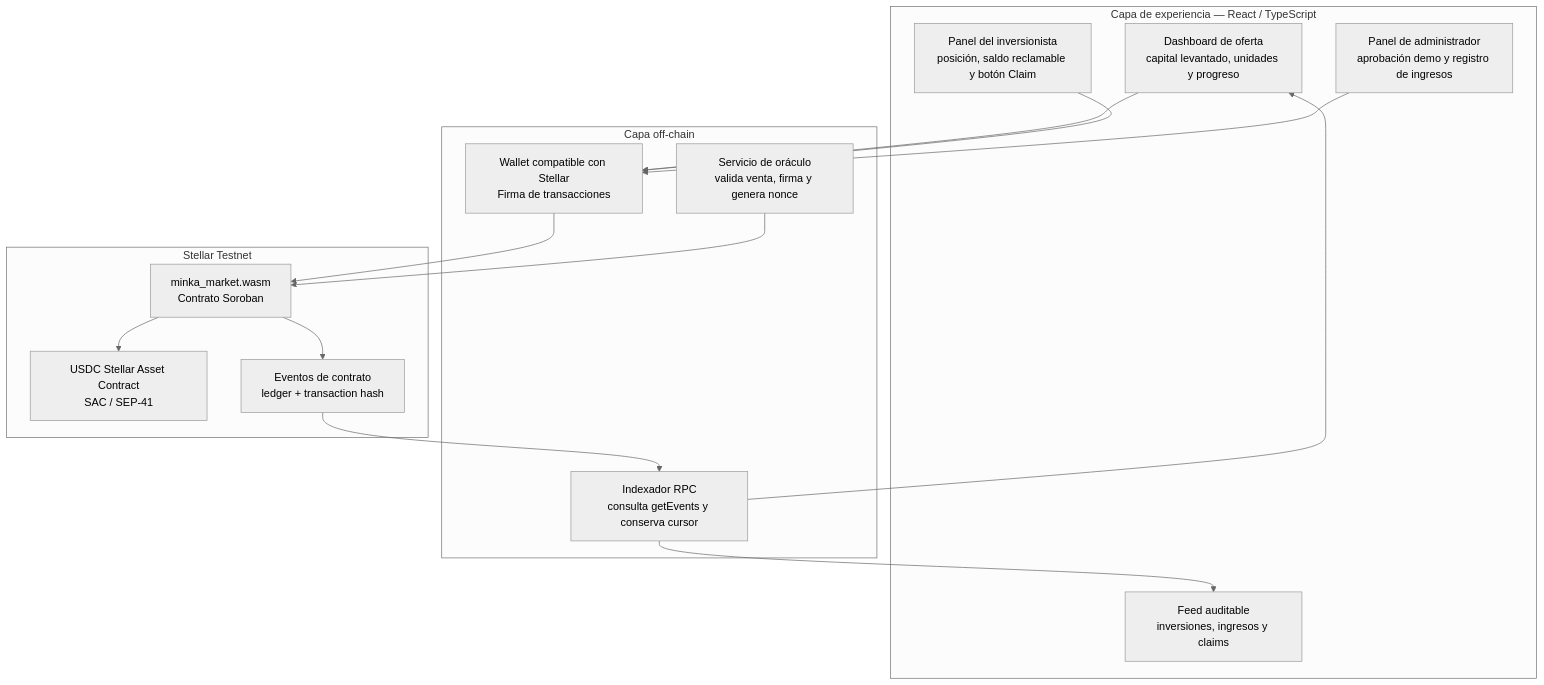
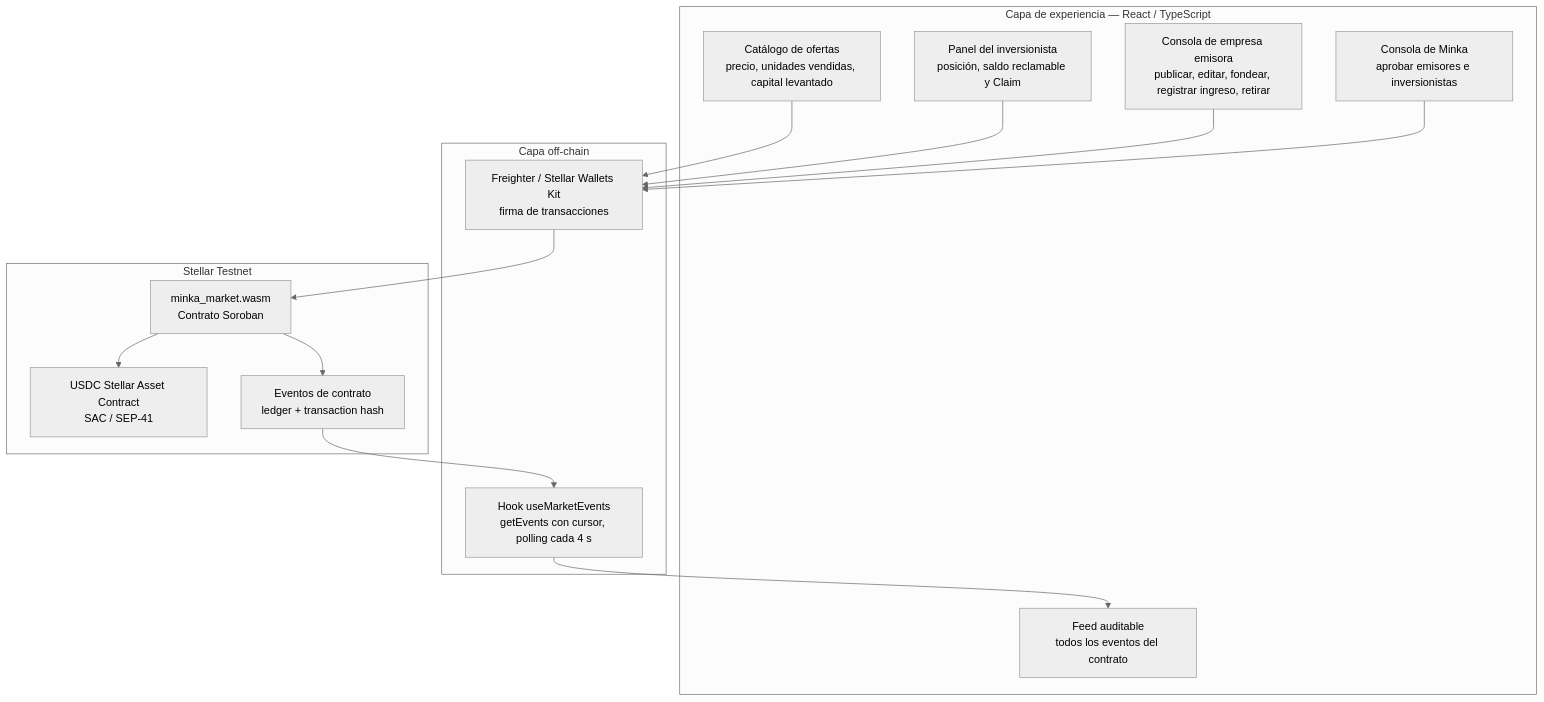
The second of 8 diagrams in docs/architecture/minka-capital-system-flow.md (giano-montano/minka-capital), drawn with Mermaid (neutral theme) before and after one commit. The commit also changed other lines of this file and 4 other files, not shown here.

First line of the commit message:
docs: align architecture, spec and handoff with the multi-offering MVP

````diff
--- a/docs/architecture/minka-capital-system-flow.md
+++ b/docs/architecture/minka-capital-system-flow.md
@@ -35,32 +33,31 @@
 ```mermaid
 flowchart TB
     subgraph UI["Capa de experiencia — React / TypeScript"]
-        Dashboard["Dashboard de oferta\ncapital levantado, unidades y progreso"]
-        InvestorPanel["Panel del inversionista\nposición, saldo reclamable y botón Claim"]
-        EventFeed["Feed auditable\ninversiones, ingresos y claims"]
-        AdminPanel["Panel de administrador\naprobación demo y registro de ingresos"]
+        Catalog["Catálogo de ofertas\nprecio, unidades vendidas, capital levantado"]
+        InvestorPanel["Panel del inversionista\nposición, saldo reclamable y Claim"]
+        IssuerPanel["Consola de empresa emisora\npublicar, editar, fondear, registrar ingreso, retirar"]
+        AdminPanel["Consola de Minka\naprobar emisores e inversionistas"]
+        EventFeed["Feed auditable\ntodos los eventos del contrato"]
     end
 
     subgraph OFFCHAIN["Capa off-chain"]
-        Wallet["Wallet compatible con Stellar\nFirma de transacciones"]
-        OracleService["Servicio de oráculo\nvalida venta, firma y genera nonce"]
-        Indexer["Indexador RPC\nconsulta getEvents y conserva cursor"]
+        Wallet["Freighter / Stellar Wallets Kit\nfirma de transacciones"]
+        Indexer["Hook useMarketEvents\ngetEvents con cursor, polling cada 4 s"]
     end
 
     subgraph STELLAR["Stellar Testnet"]
         Market["minka_market.wasm\nContrato Soroban"]
         USDC["USDC Stellar Asset Contract\nSAC / SEP-41"]
         Events["Eventos de contrato\nledger + transaction hash"]
     end
 
-    Dashboard --> Wallet
+    Catalog --> Wallet
     InvestorPanel --> Wallet
+    IssuerPanel --> Wallet
     AdminPanel --> Wallet
     Wallet --> Market
-    OracleService --> Market
     Market --> USDC
     Market --> Events
     Events --> Indexer
     Indexer --> EventFeed
-    Indexer --> Dashboard
 ```
````
